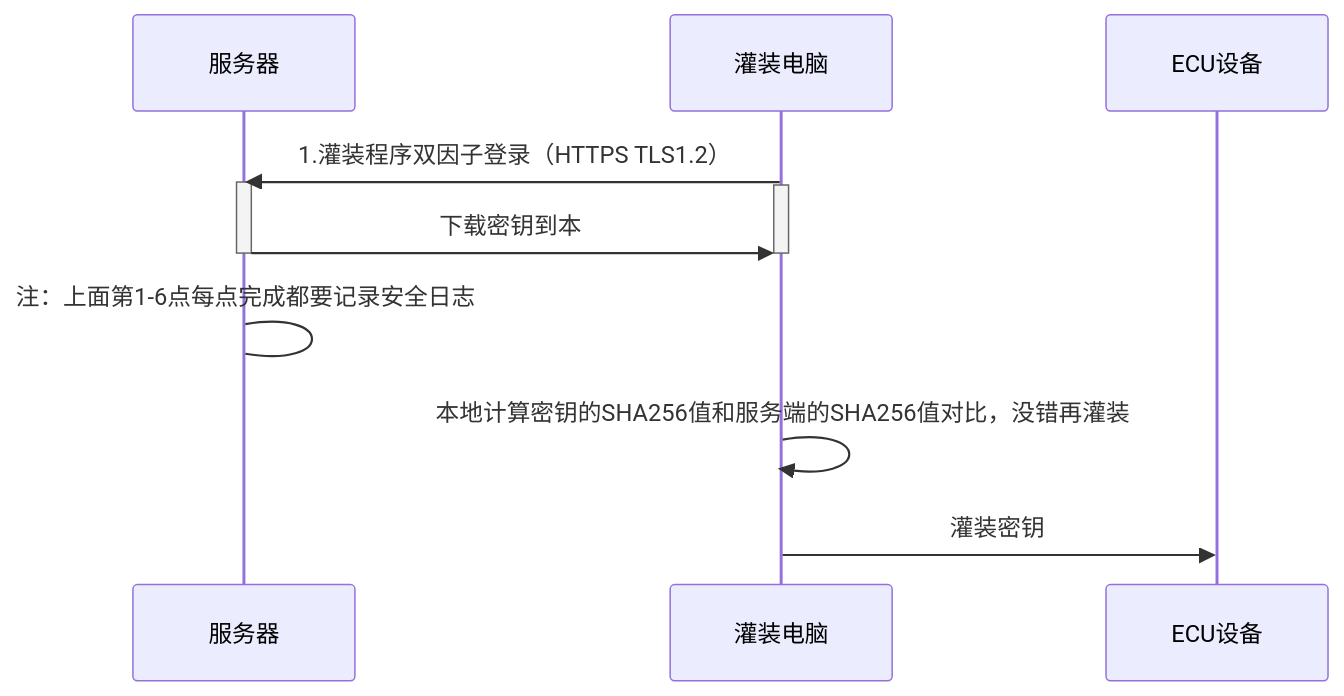
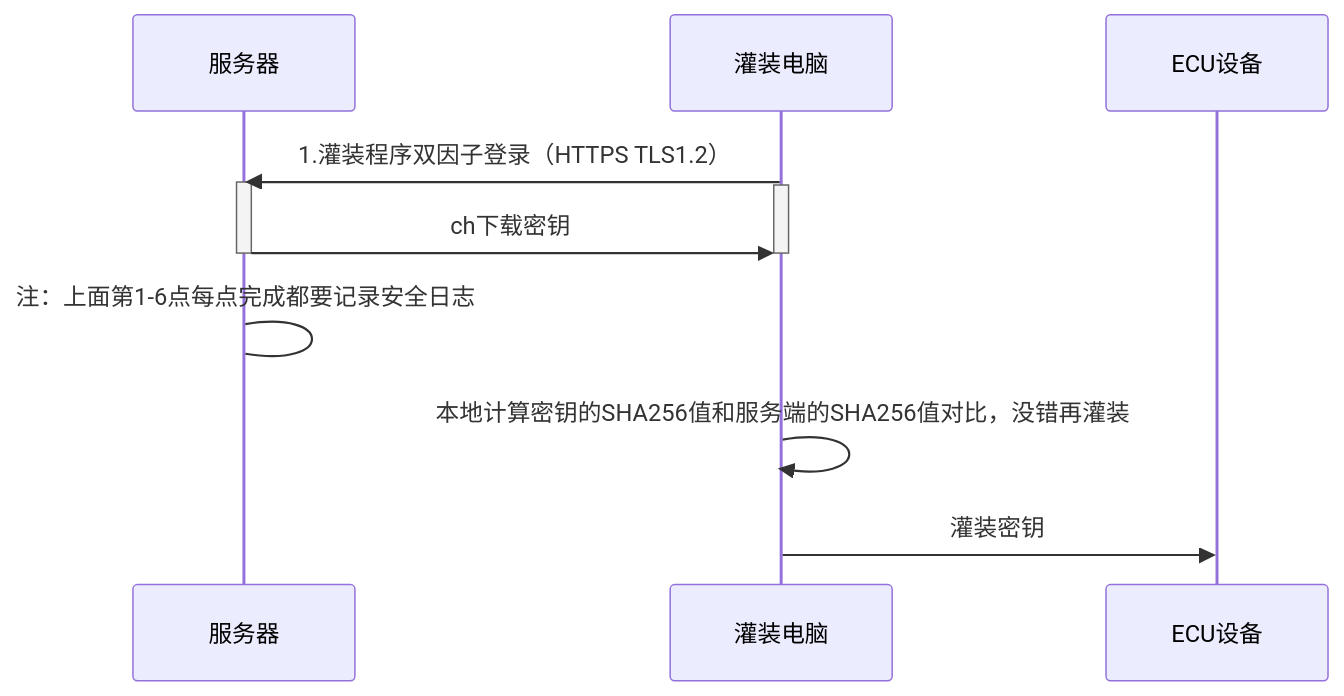
Before and after one commit to facebook-cloud/iodraw-files: the diagram in all/未命名-23.md, drawn with Mermaid.

Commit message:
2026-04-15 17:07:52 update

````diff
--- a/all/未命名-23.md
+++ b/all/未命名-23.md
@@ -1,19 +1,19 @@
 ```mermaid
 sequenceDiagram
   
     participant B as 服务器
     participant D as 灌装电脑
     participant E as ECU设备
 
     D->>B: 1.灌装程序双因子登录（HTTPS TLS1.2）
     activate B
     activate D
-    B->>D: 下载密钥到本
+    B->>D: ch下载密钥
     deactivate B
     deactivate D
     B->B: 注：上面第1-6点每点完成都要记录安全日志
 
     D->>D:本地计算密钥的SHA256值和服务端的SHA256值对比，没错再灌装
     
     D->>E: 灌装密钥
 ```
````
